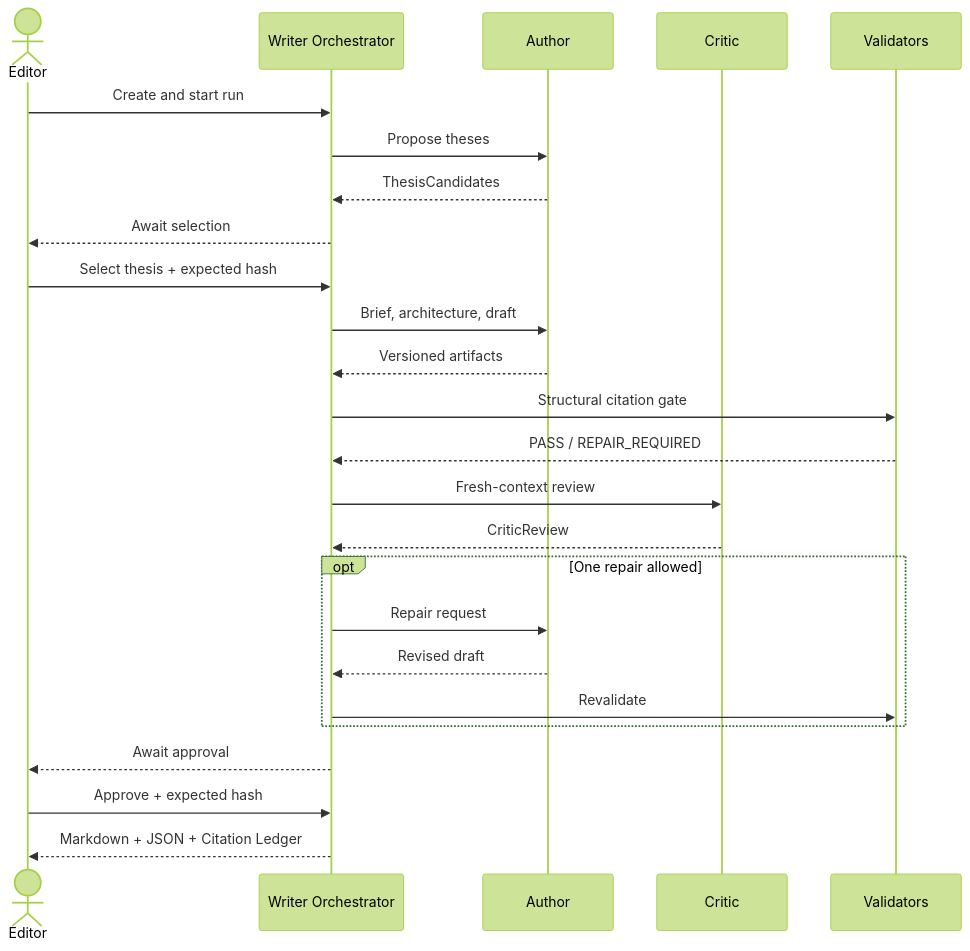
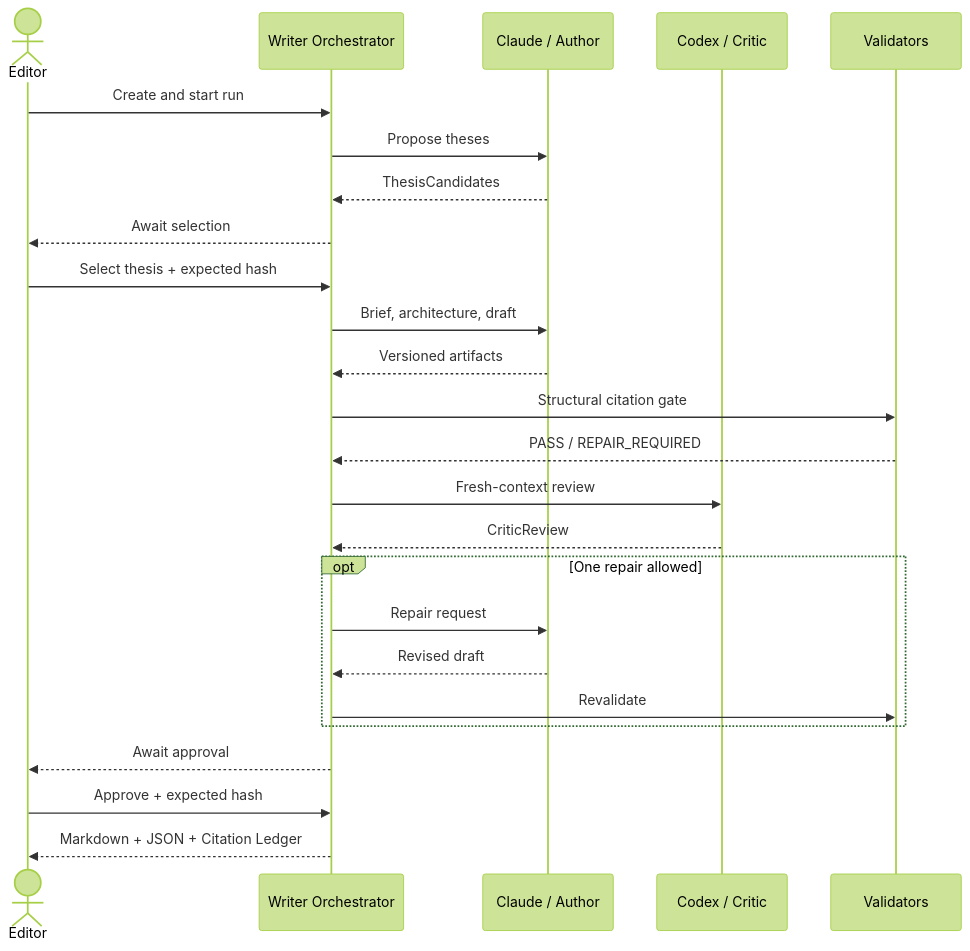
One commit to Hungbk295/writer-room changed the third of 3 diagrams in docs/specs/002-writer-agent-mvp/solution-design.md. Above: the diagram before and after it, drawn with Mermaid (forest theme). The commit also changed other lines of this file and 14 other files, not shown here.

````diff
--- a/docs/specs/002-writer-agent-mvp/solution-design.md
+++ b/docs/specs/002-writer-agent-mvp/solution-design.md
@@ -281,28 +285,28 @@
 ```mermaid
 sequenceDiagram
     actor E as Editor
     participant W as Writer Orchestrator
-    participant A as Author
-    participant C as Critic
+    participant A as Claude / Author
+    participant C as Codex / Critic
     participant V as Validators
 
     E->>W: Create and start run
     W->>A: Propose theses
     A-->>W: ThesisCandidates
     W-->>E: Await selection
     E->>W: Select thesis + expected hash
     W->>A: Brief, architecture, draft
     A-->>W: Versioned artifacts
     W->>V: Structural citation gate
     V-->>W: PASS / REPAIR_REQUIRED
     W->>C: Fresh-context review
     C-->>W: CriticReview
     opt One repair allowed
         W->>A: Repair request
         A-->>W: Revised draft
         W->>V: Revalidate
     end
     W-->>E: Await approval
     E->>W: Approve + expected hash
     W-->>E: Markdown + JSON + Citation Ledger
 ```
````
